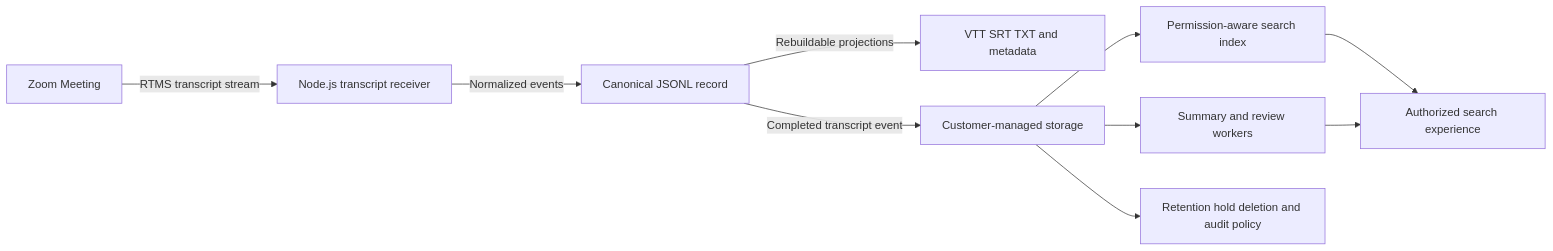
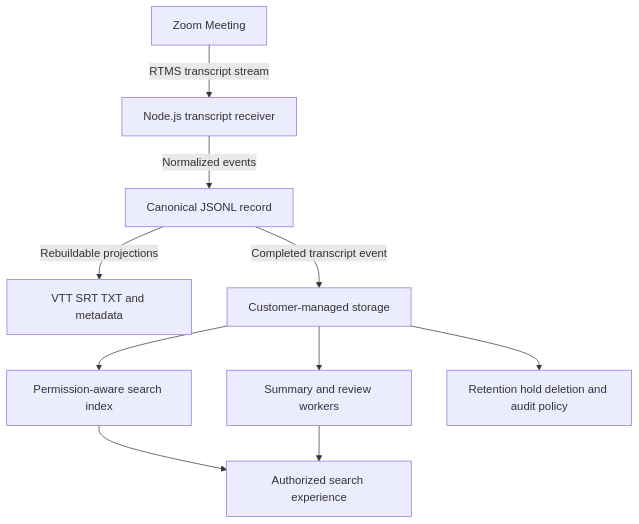
One commit to zoom/blueprints changed the diagram in blueprints/meeting-transcript-knowledge-base/index.md. Above: the diagram before and after it, drawn with Mermaid.

Commit message:
Render knowledge base architecture vertically

````diff
--- a/blueprints/meeting-transcript-knowledge-base/index.md
+++ b/blueprints/meeting-transcript-knowledge-base/index.md
@@ -71,12 +71,12 @@
 ```mermaid
-flowchart LR
+flowchart TB
     A[Zoom Meeting] -->|RTMS transcript stream| B[Node.js transcript receiver]
     B -->|Normalized events| C[Canonical JSONL record]
     C -->|Rebuildable projections| D[VTT SRT TXT and metadata]
     C -->|Completed transcript event| E[Customer-managed storage]
     E --> F[Permission-aware search index]
     E --> G[Summary and review workers]
     E --> H[Retention hold deletion and audit policy]
     F --> I[Authorized search experience]
     G --> I
 ```
````
